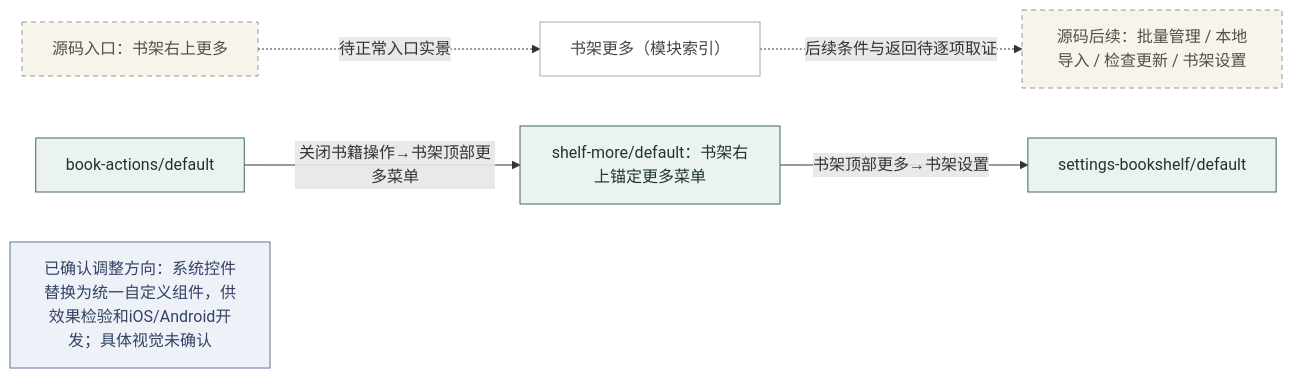
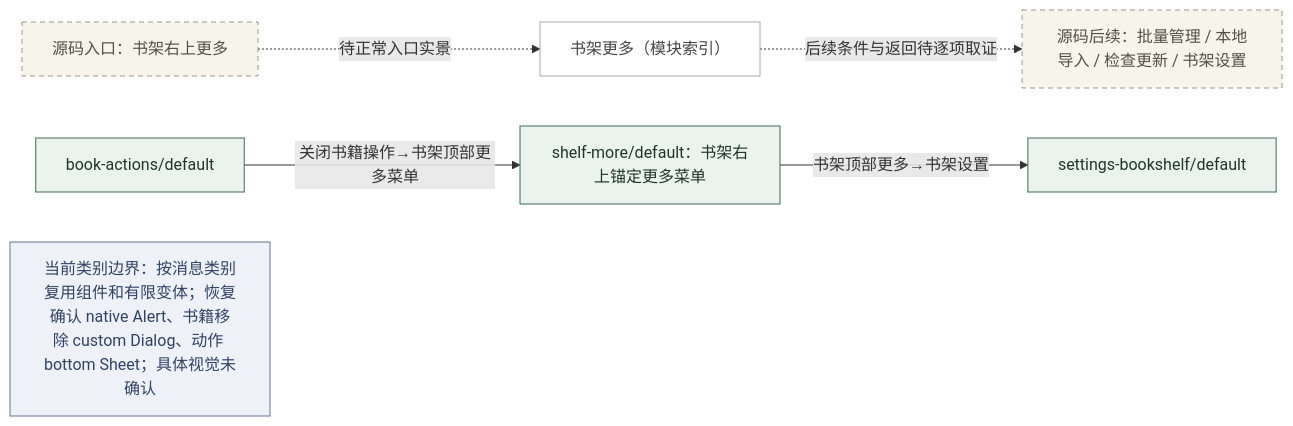
Before and after one commit to minliny/Reader-for-HarmonyOS: the third of 38 diagrams in docs/ui-design/app-baseline/LOGIC.md, drawn with Mermaid. The commit also changed other lines of this file and 16 other files, not shown here.

````diff
--- a/docs/ui-design/app-baseline/LOGIC.md
+++ b/docs/ui-design/app-baseline/LOGIC.md
@@ -63,18 +63,18 @@
 ```mermaid
 flowchart LR
   N1["书架更多（模块索引）"]:::module
   N2["源码入口：书架右上更多"]:::pending
   N3["源码后续：批量管理 / 本地导入 / 检查更新 / 书架设置"]:::pending
   N2 -.->|待正常入口实景| N1
   N1 -.->|后续条件与返回待逐项取证| N3
   N4["shelf-more/default：书架右上锚定更多菜单"]:::observed
   N5["book-actions/default"]:::observed
   N5 -->|关闭书籍操作→书架顶部更多菜单| N4
   N6["settings-bookshelf/default"]:::observed
   N4 -->|书架顶部更多→书架设置| N6
-  N7["已确认调整方向：系统控件替换为统一自定义组件，供效果检验和iOS/Android开发；具体视觉未确认"]:::confirmed
+  N7["当前类别边界：按消息类别复用组件和有限变体；恢复确认 native Alert、书籍移除 custom Dialog、动作 bottom Sheet；具体视觉未确认"]:::confirmed
   classDef observed fill:#eaf3ee,stroke:#42695a,color:#20362d
   classDef pending fill:#f7f4ec,stroke:#9d9587,color:#554f43,stroke-dasharray:5 4
   classDef confirmed fill:#eef1f8,stroke:#65759a,color:#334264
   classDef module fill:#fff,stroke:#aaa,color:#444
 ```
````
